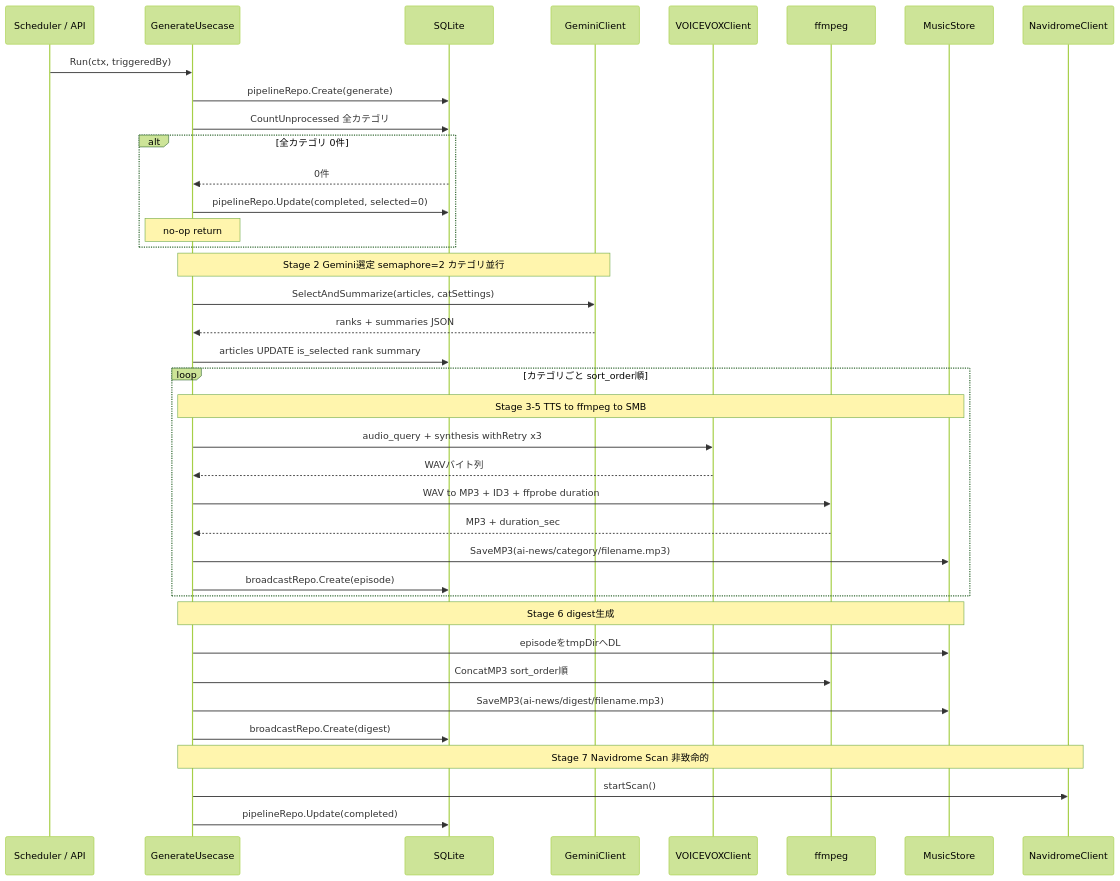
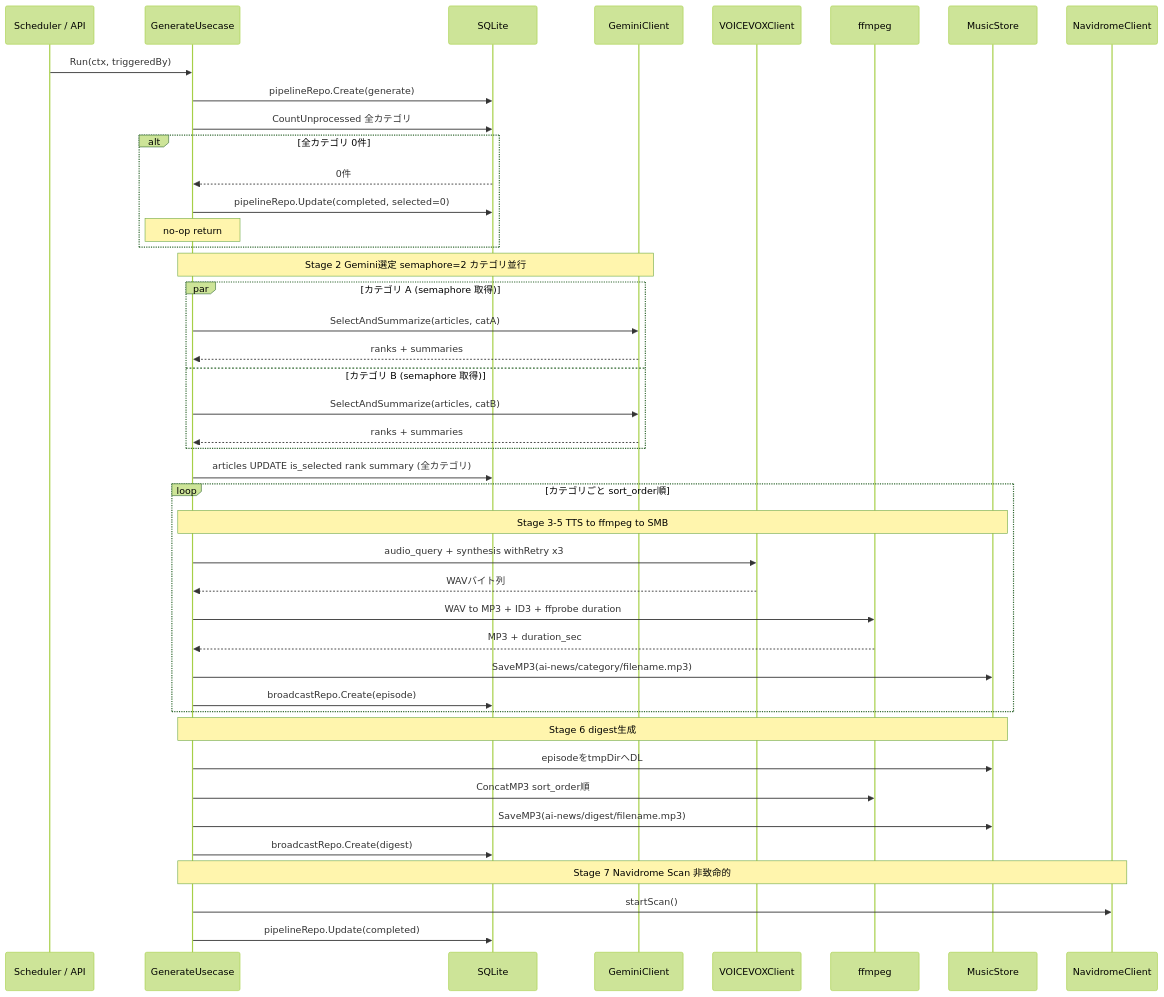
Before and after one commit to svhome01/ai-news: the tenth of 15 diagrams in PLAN.md, drawn with Mermaid (forest theme). The commit also changed other lines of this file and 1 other file, not shown here.

Commit message:
Refactor CLAUDE.md and PLAN.md to streamline Home Assistant integration and update storage architecture details

````diff
--- a/PLAN.md
+++ b/PLAN.md
@@ -1025,45 +1026,50 @@
 ```mermaid
 sequenceDiagram
     participant Trigger as Scheduler / API
     participant GUC as GenerateUsecase
     participant DB as SQLite
     participant GEM as GeminiClient
     participant VVX as VOICEVOXClient
     participant FFM as ffmpeg
     participant SMB as MusicStore
     participant NAVI as NavidromeClient
 
     Trigger->>GUC: Run(ctx, triggeredBy)
     GUC->>DB: pipelineRepo.Create(generate)
     GUC->>DB: CountUnprocessed 全カテゴリ
     alt 全カテゴリ 0件
         DB-->>GUC: 0件
         GUC->>DB: pipelineRepo.Update(completed, selected=0)
         Note over GUC: no-op return
     end
 
     Note over GUC,GEM: Stage 2 Gemini選定 semaphore=2 カテゴリ並行
-    GUC->>GEM: SelectAndSummarize(articles, catSettings)
-    GEM-->>GUC: ranks + summaries JSON
-    GUC->>DB: articles UPDATE is_selected rank summary
+    par カテゴリ A (semaphore 取得)
+        GUC->>GEM: SelectAndSummarize(articles, catA)
+        GEM-->>GUC: ranks + summaries
+    and カテゴリ B (semaphore 取得)
+        GUC->>GEM: SelectAndSummarize(articles, catB)
+        GEM-->>GUC: ranks + summaries
+    end
+    GUC->>DB: articles UPDATE is_selected rank summary (全カテゴリ)
 
     loop カテゴリごと sort_order順
         Note over GUC,SMB: Stage 3-5 TTS to ffmpeg to SMB
         GUC->>VVX: audio_query + synthesis withRetry x3
         VVX-->>GUC: WAVバイト列
         GUC->>FFM: WAV to MP3 + ID3 + ffprobe duration
         FFM-->>GUC: MP3 + duration_sec
         GUC->>SMB: SaveMP3(ai-news/category/filename.mp3)
         GUC->>DB: broadcastRepo.Create(episode)
     end
 
     Note over GUC,SMB: Stage 6 digest生成
     GUC->>SMB: episodeをtmpDirへDL
     GUC->>FFM: ConcatMP3 sort_order順
     GUC->>SMB: SaveMP3(ai-news/digest/filename.mp3)
     GUC->>DB: broadcastRepo.Create(digest)
 
     Note over GUC,NAVI: Stage 7 Navidrome Scan 非致命的
     GUC->>NAVI: startScan()
     GUC->>DB: pipelineRepo.Update(completed)
 ```
````
